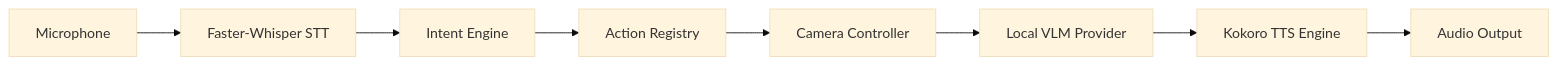
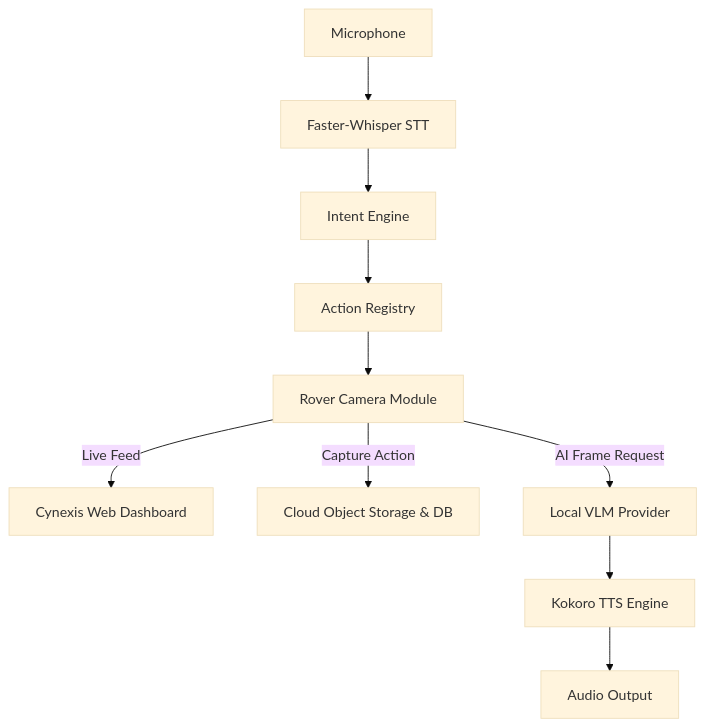
Before and after one commit to MohammedAshikM3003/Cynexis: the diagram in Documentation/Vision_System.md, drawn with Mermaid (base theme). The commit also changed other lines of this file and 33 other files, not shown here.

````diff
--- a/Documentation/Vision_System.md
+++ b/Documentation/Vision_System.md
@@ -6,10 +6,12 @@
 ```mermaid
-graph LR
+graph TD
+    Camera[Rover Camera Module] -->|Live Feed| WebDash[Cynexis Web Dashboard]
+    Camera -->|Capture Action| CloudStorage[Cloud Object Storage & DB]
+    Camera -->|AI Frame Request| VLM[Local VLM Provider]
     Mic[Microphone] --> FasterWhisper[Faster-Whisper STT]
     FasterWhisper --> IntentEngine[Intent Engine]
     IntentEngine --> ActionRegistry[Action Registry]
-    ActionRegistry --> Camera[Camera Controller]
-    Camera --> VLM[Local VLM Provider]
+    ActionRegistry --> Camera
     VLM --> Kokoro[Kokoro TTS Engine]
     Kokoro --> Speaker[Audio Output]
 ```
````
